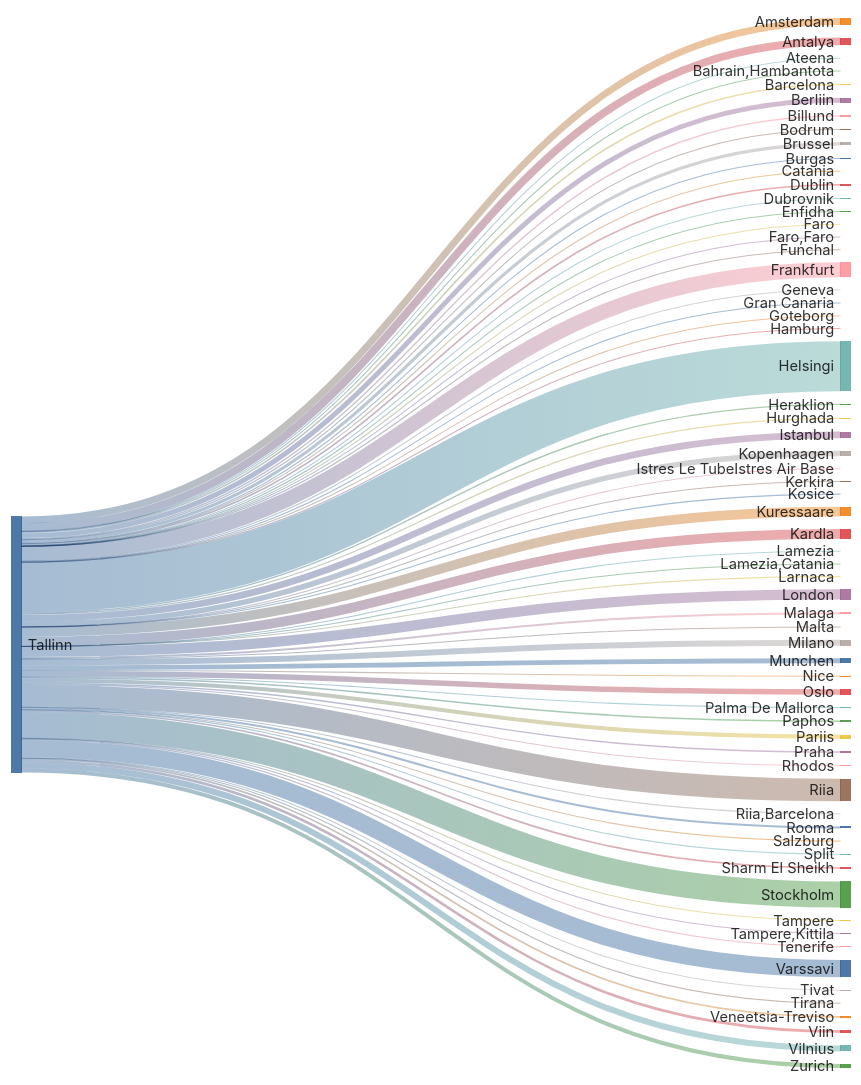
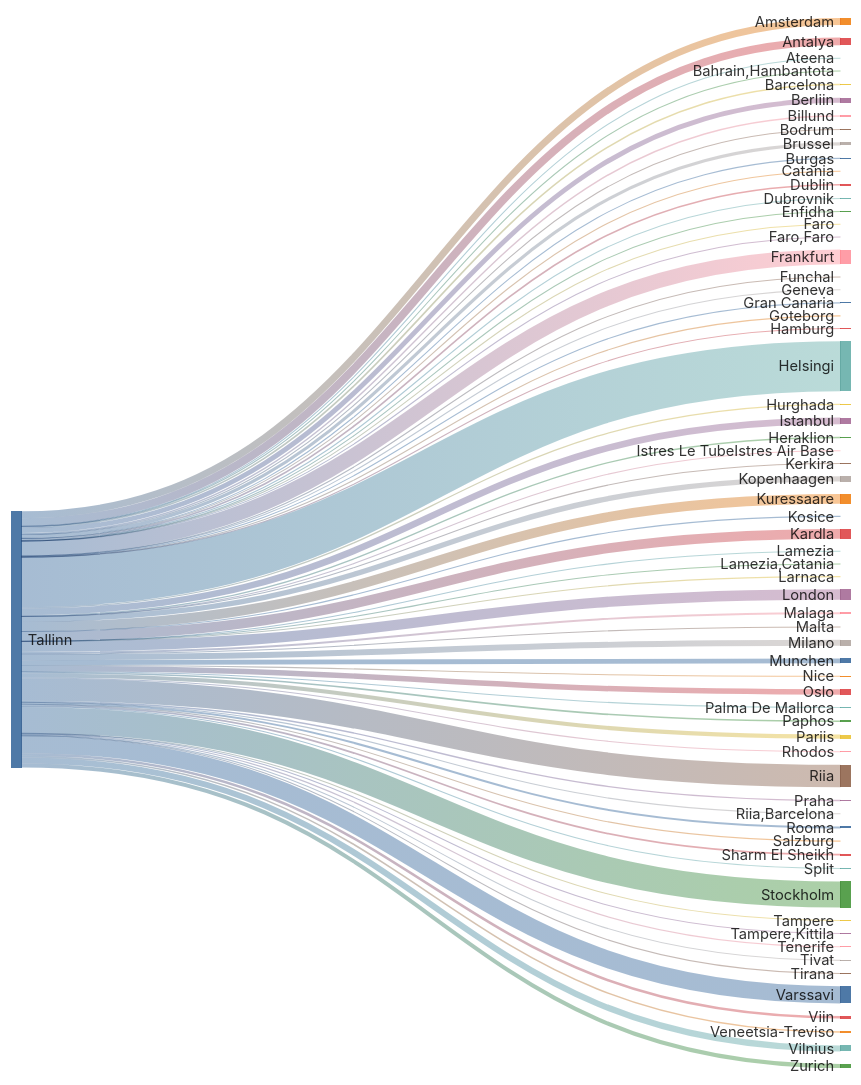
The second of 2 diagrams in README.md (rainermesi/tll-airport-departures), drawn with Mermaid before and after one commit. The commit also changed other lines of this file, not shown here.

````diff
--- a/README.md
+++ b/README.md
@@ -34,77 +34,77 @@
 ```mermaid
 ---
 config:
   sankey:
     showValues: false
     width: 800
     height: 1000
 ---
 sankey-beta
 %% source,target,value
-Tallinn,Amsterdam,235
-Tallinn,Antalya,265
+Tallinn,Amsterdam,236
+Tallinn,Antalya,266
 Tallinn,Ateena,16
 Tallinn,"Bahrain,Hambantota",1
-Tallinn,Barcelona,54
+Tallinn,Barcelona,55
 Tallinn,Berliin,167
 Tallinn,Billund,49
 Tallinn,Bodrum,11
 Tallinn,Brussel,109
 Tallinn,Burgas,21
 Tallinn,Catania,2
 Tallinn,Dublin,56
 Tallinn,Dubrovnik,21
 Tallinn,Enfidha,7
 Tallinn,Faro,4
 Tallinn,"Faro,Faro",1
-Tallinn,Frankfurt,505
+Tallinn,Frankfurt,506
 Tallinn,Funchal,5
 Tallinn,Geneva,7
 Tallinn,Gran Canaria,27
 Tallinn,Goteborg,1
 Tallinn,Hamburg,1
-Tallinn,Helsingi,1704
+Tallinn,Helsingi,1713
 Tallinn,Heraklion,46
 Tallinn,Hurghada,43
-Tallinn,Istanbul,225
+Tallinn,Istanbul,226
 Tallinn,Istres Le TubeIstres Air Base,2
 Tallinn,Kerkira,4
 Tallinn,Kopenhaagen,184
 Tallinn,Kosice,1
-Tallinn,Kuressaare,329
-Tallinn,Kardla,329
+Tallinn,Kuressaare,331
+Tallinn,Kardla,331
 Tallinn,Lamezia,1
 Tallinn,"Lamezia,Catania",3
 Tallinn,Larnaca,4
-Tallinn,London,353
+Tallinn,London,355
 Tallinn,Malaga,67
 Tallinn,Malta,15
-Tallinn,Milano,203
-Tallinn,Munchen,165
+Tallinn,Milano,204
+Tallinn,Munchen,166
 Tallinn,Nice,25
 Tallinn,Oslo,187
 Tallinn,Palma De Mallorca,19
 Tallinn,Paphos,54
 Tallinn,Pariis,139
 Tallinn,Praha,49
 Tallinn,Rhodos,32
-Tallinn,Riia,763
+Tallinn,Riia,766
 Tallinn,"Riia,Barcelona",1
 Tallinn,Rooma,68
 Tallinn,Salzburg,8
-Tallinn,Sharm El Sheikh,58
+Tallinn,Sharm El Sheikh,59
 Tallinn,Split,25
-Tallinn,Stockholm,892
+Tallinn,Stockholm,894
 Tallinn,Tampere,17
-Tallinn,"Tampere,Kittila",9
+Tallinn,"Tampere,Kittila",10
 Tallinn,Tenerife,41
 Tallinn,Tirana,8
 Tallinn,Tivat,26
-Tallinn,Varssavi,588
+Tallinn,Varssavi,591
 Tallinn,Veneetsia-Treviso,55
 Tallinn,Viin,88
-Tallinn,Vilnius,206
+Tallinn,Vilnius,208
 Tallinn,Zurich,138
 
 
 ```
````
